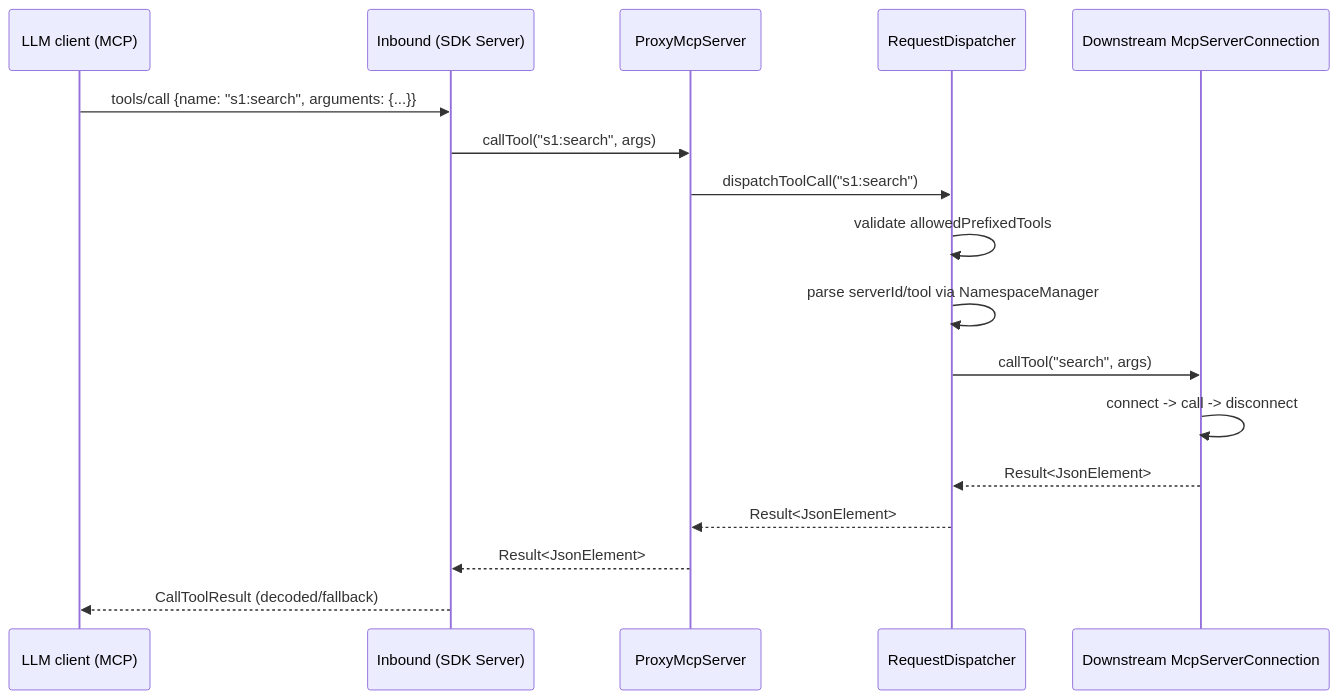
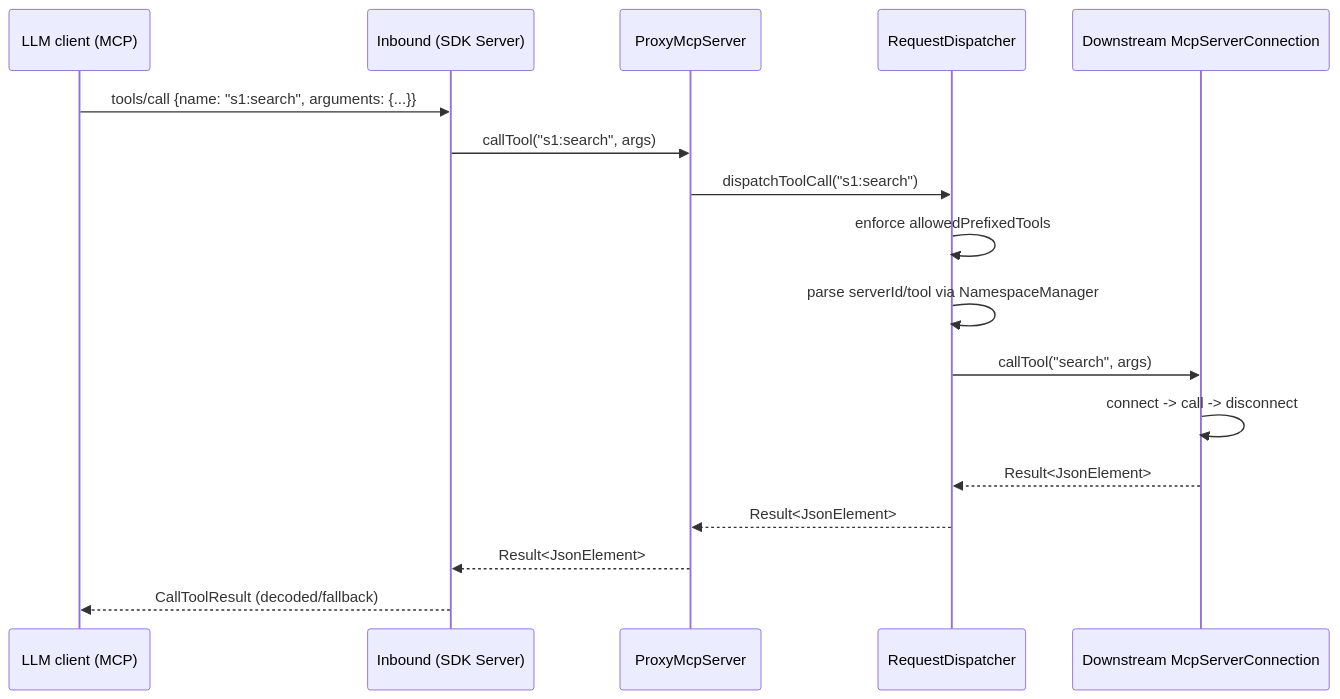
One commit to qent/broxy changed the diagram in docs/ARCHITECTURE.md. Above: the diagram before and after it, drawn with Mermaid. The commit also changed other lines of this file and 22 other files, not shown here.

````diff
--- a/docs/ARCHITECTURE.md
+++ b/docs/ARCHITECTURE.md
@@ -77,20 +78,20 @@
 ```mermaid
 sequenceDiagram
   participant LLM as LLM client (MCP)
   participant Inbound as Inbound (SDK Server)
   participant Proxy as ProxyMcpServer
   participant Disp as RequestDispatcher
   participant DS as Downstream McpServerConnection
 
   LLM->>Inbound: tools/call {name: "s1:search", arguments: {...}}
   Inbound->>Proxy: callTool("s1:search", args)
   Proxy->>Disp: dispatchToolCall("s1:search")
-  Disp->>Disp: validate allowedPrefixedTools
+  Disp->>Disp: enforce allowedPrefixedTools
   Disp->>Disp: parse serverId/tool via NamespaceManager
   Disp->>DS: callTool("search", args)
   DS->>DS: connect -> call -> disconnect
   DS-->>Disp: Result<JsonElement>
   Disp-->>Proxy: Result<JsonElement>
   Proxy-->>Inbound: Result<JsonElement>
   Inbound-->>LLM: CallToolResult (decoded/fallback)
 ```
````
